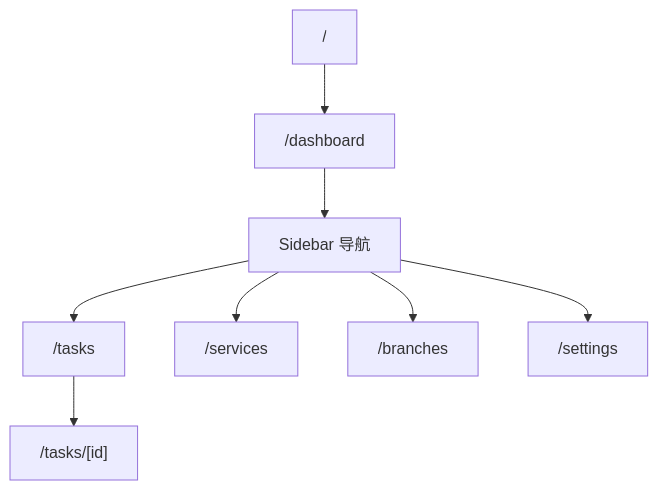
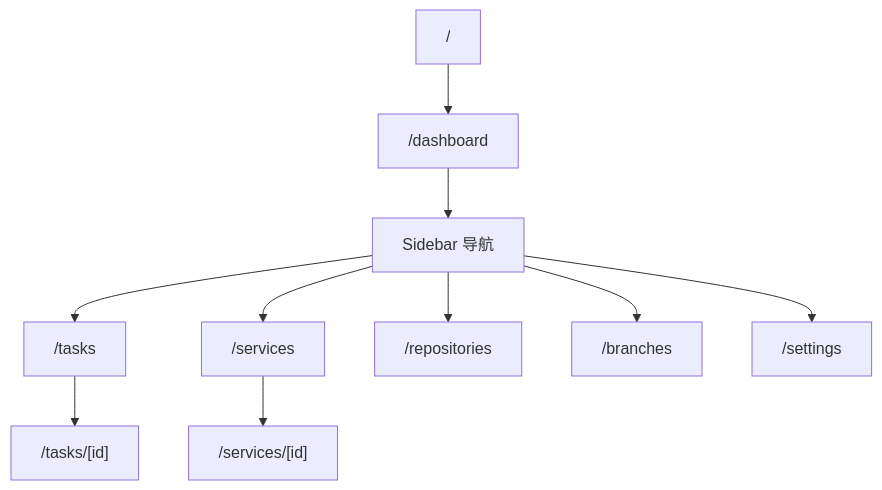
The first of 3 diagrams in README.md (ITfisher/kanban-board), drawn with Mermaid before and after one commit. The commit also changed other lines of this file and 78 other files, not shown here.

````diff
--- a/README.md
+++ b/README.md
@@ -113,10 +116,12 @@
 ```mermaid
 graph TD
   Root["/"] --> Dashboard["/dashboard"]
   Dashboard --> Sidebar["Sidebar 导航"]
   Sidebar --> Tasks["/tasks"]
   Sidebar --> Services["/services"]
+  Sidebar --> Repositories["/repositories"]
   Sidebar --> Branches["/branches"]
   Sidebar --> Settings["/settings"]
   Tasks --> TaskDetail["/tasks/[id]"]
+  Services --> ServiceDetail["/services/[id]"]
 ```
````
